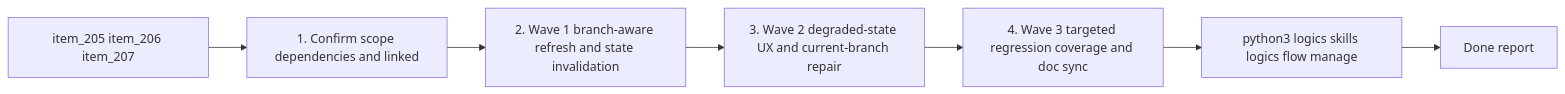
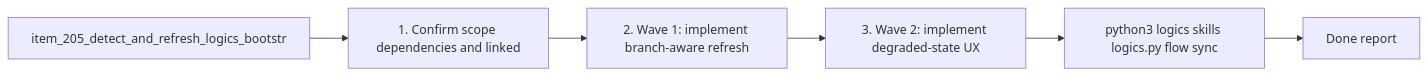
One commit to AlexAgo83/logics-manager changed the diagram in logics/tasks/task_108_orchestration_delivery_for_req_118_branch_aware_bootstrap_recovery_and_setup_repair.md. Above: the diagram before and after it, drawn with Mermaid. The commit also changed other lines of this file and 481 other files, not shown here.

````diff
--- a/logics/tasks/task_108_orchestration_delivery_for_req_118_branch_aware_bootstrap_recovery_and_setup_repair.md
+++ b/logics/tasks/task_108_orchestration_delivery_for_req_118_branch_aware_bootstrap_recovery_and_setup_repair.md
@@ -34,11 +34,10 @@
 ```mermaid
 %% logics-kind: task
 %% logics-signature: task|orchestration-delivery-for-req-118-branc|item-205-detect-and-refresh-logics-boots|1-confirm-scope-dependencies-and-linked|python3-logics-skills-logics-py-flow-syn
 flowchart LR
-    Backlog[item_205 item_206 item_207] --> Step1[1. Confirm scope dependencies and linked]
-    Step1 --> Wave1[2. Wave 1 branch-aware refresh and state invalidation]
-    Wave1 --> Wave2[3. Wave 2 degraded-state UX and current-branch repair]
-    Wave2 --> Wave3[4. Wave 3 targeted regression coverage and doc sync]
-    Wave3 --> Validation[python3 logics skills logics flow manage]
+    Backlog[item_205_detect_and_refresh_logics_bootstr] --> Step1[1. Confirm scope dependencies and linked]
+    Step1 --> Step2[2. Wave 1: implement branch-aware refresh]
+    Step2 --> Step3[3. Wave 2: implement degraded-state UX]
+    Step3 --> Validation[python3 logics skills logics.py flow sync]
     Validation --> Report[Done report]
 ```
````
